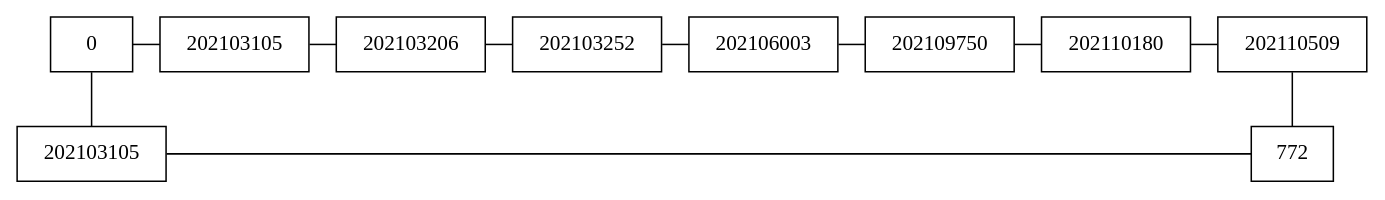
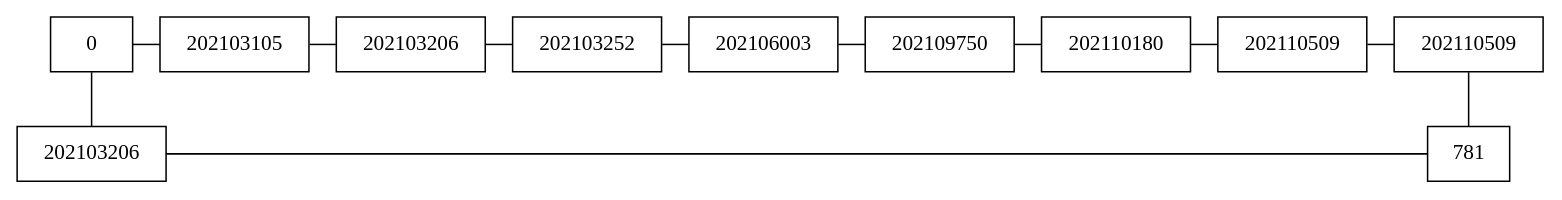
Before and after one commit to Juanj098/EDD_VD2S2023_PY_201900532: the diagram in matriz.dot, drawn with Graphviz. The commit also changed 6 other files, not shown here.

```diff
--- a/matriz.dot
+++ b/matriz.dot
@@ -1,29 +1,32 @@
 
 digraph G {
 	node[shape=cluster]
 	rankdir=UD
 	{rank = min
 		nodo00[label="0" rankdir=LR group="0"]
 		nodo20[label="202103105" rankdir=LR group="2"]
 		nodo30[label="202103206" rankdir=LR group="3"]
 		nodo40[label="202103252" rankdir=LR group="4"]
 		nodo50[label="202106003" rankdir=LR group="5"]
 		nodo60[label="202109750" rankdir=LR group="6"]
 		nodo70[label="202110180" rankdir=LR group="7"]
 		nodo80[label="202110509" rankdir=LR group="8"]
+		nodo90[label="202110509" rankdir=LR group="9"]
 }
 	{rank=same
-		nodo02[label="202103105" group="0"]
-		nodo82[label="772" group="8"]
+		nodo03[label="202103206" group="0"]
+		nodo93[label="781" group="9"]
 }
 	nodo00 -> nodo20[arrowhead=none]
 	nodo20 -> nodo30[arrowhead=none]
 	nodo30 -> nodo40[arrowhead=none]
 	nodo40 -> nodo50[arrowhead=none]
 	nodo50 -> nodo60[arrowhead=none]
 	nodo60 -> nodo70[arrowhead=none]
 	nodo70 -> nodo80[arrowhead=none]
-	nodo02 -> nodo82[arrowhead=none]
-	nodo00 -> nodo02[arrowhead=none]
-	nodo80 -> nodo82[arrowhead=none]
+	nodo80 -> nodo90[arrowhead=none]
+	nodo03 -> nodo93[arrowhead=none]
+	nodo00 -> nodo03[arrowhead=none]
+	// nodo80 -> nodo82[arrowhead=none]
+	nodo90 -> nodo93[arrowhead=none]
 }
```
